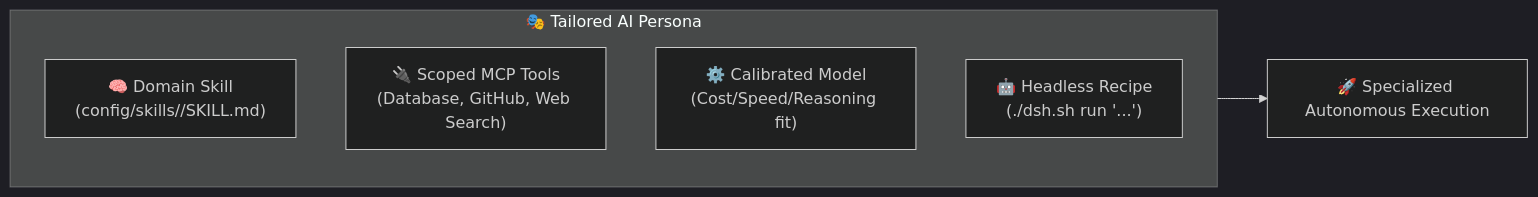
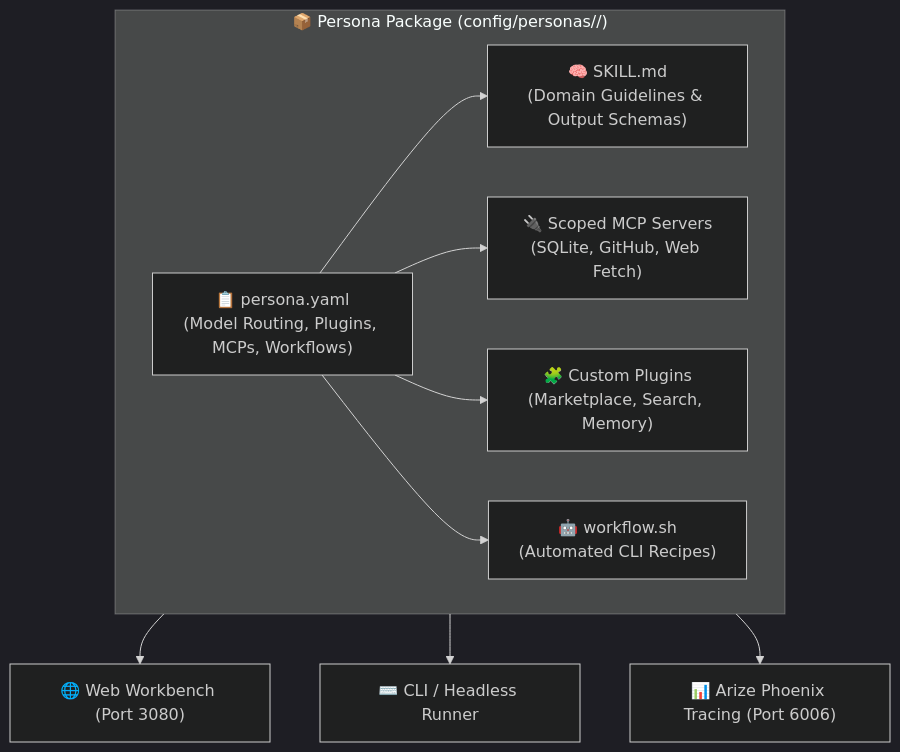
Before and after one commit to hdjebar/DSH-DDS: the diagram in docs/personas.md, drawn with Mermaid (dark theme). The commit also changed other lines of this file and 25 other files, not shown here.

Commit message:
feat: implement complete 5-layer Persona Package Architecture (Skills, Models, Plugins, MCPs, Workflows)

````diff
--- a/docs/personas.md
+++ b/docs/personas.md
@@ -9,10 +14,19 @@
 ```mermaid
-flowchart LR
-    subgraph Persona ["🎭 Tailored AI Persona"]
-        SKILL["🧠 Domain Skill\n(config/skills/<name>/SKILL.md)"]
-        TOOLS["🔌 Scoped MCP Tools\n(Database, GitHub, Web Search)"]
-        MODEL["⚙️ Calibrated Model\n(Cost/Speed/Reasoning fit)"]
-        RECIPE["🤖 Headless Recipe\n(./dsh.sh run '...')"]
+flowchart TD
+    subgraph Package ["📦 Persona Package (config/personas/<name>/)"]
+        MANIFEST["📋 persona.yaml\n(Model Routing, Plugins, MCPs, Workflows)"]
+        SKILL["🧠 SKILL.md\n(Domain Guidelines & Output Schemas)"]
+        WORKFLOW["🤖 workflow.sh\n(Automated CLI Recipes)"]
+        MCPS["🔌 Scoped MCP Servers\n(SQLite, GitHub, Web Fetch)"]
+        PLUGS["🧩 Custom Plugins\n(Marketplace, Search, Memory)"]
     end
-    Persona --> TASK["🚀 Specialized Autonomous Execution"]
+
+    MANIFEST --> SKILL
+    MANIFEST --> MCPS
+    MANIFEST --> PLUGS
+    MANIFEST --> WORKFLOW
+    
+    Package --> WEB["🌐 Web Workbench (Port 3080)"]
+    Package --> CLI["⌨️ CLI / Headless Runner"]
+    Package --> PHOENIX["📊 Arize Phoenix Tracing (Port 6006)"]
 ```
````
